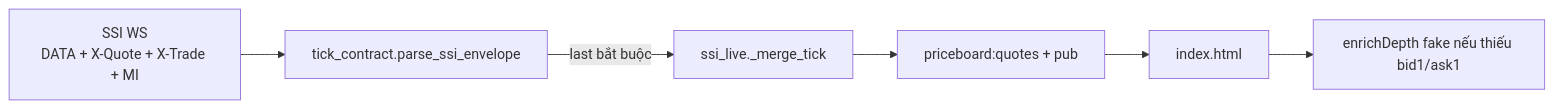
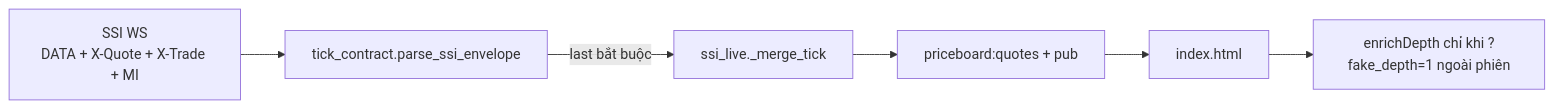
One commit to qhtran/atz-desk changed the diagram in docs/specs/PRICEBOARD_P1_DEPTH_NN.md. Above: the diagram before and after it, drawn with Mermaid. The commit also changed other lines of this file and 4 other files, not shown here.

First line of the commit message:
fix(ingestion): P1 spec sync, slim WS ticks, FE depth fake gate

````diff
--- a/docs/specs/PRICEBOARD_P1_DEPTH_NN.md
+++ b/docs/specs/PRICEBOARD_P1_DEPTH_NN.md
@@ -26,8 +26,8 @@
 ```mermaid
 flowchart LR
   SSI["SSI WS\nDATA + X-Quote + X-Trade + MI"] --> Parse["tick_contract.parse_ssi_envelope"]
   Parse -->|last bắt buộc| Merge["ssi_live._merge_tick"]
   Merge --> Redis["priceboard:quotes + pub"]
   Redis --> FE["index.html"]
-  FE --> Fake["enrichDepth fake nếu thiếu bid1/ask1"]
+  FE --> Fake["enrichDepth chỉ khi ?fake_depth=1 ngoài phiên"]
 ```
````
